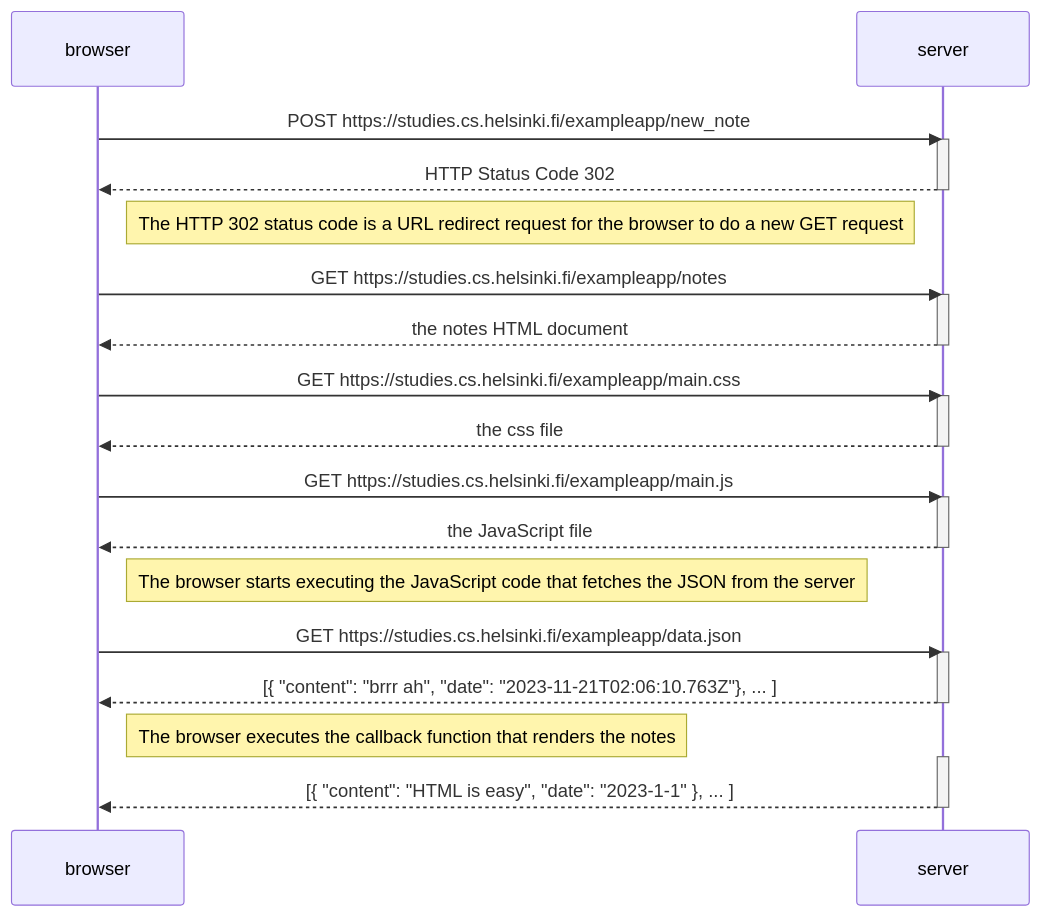
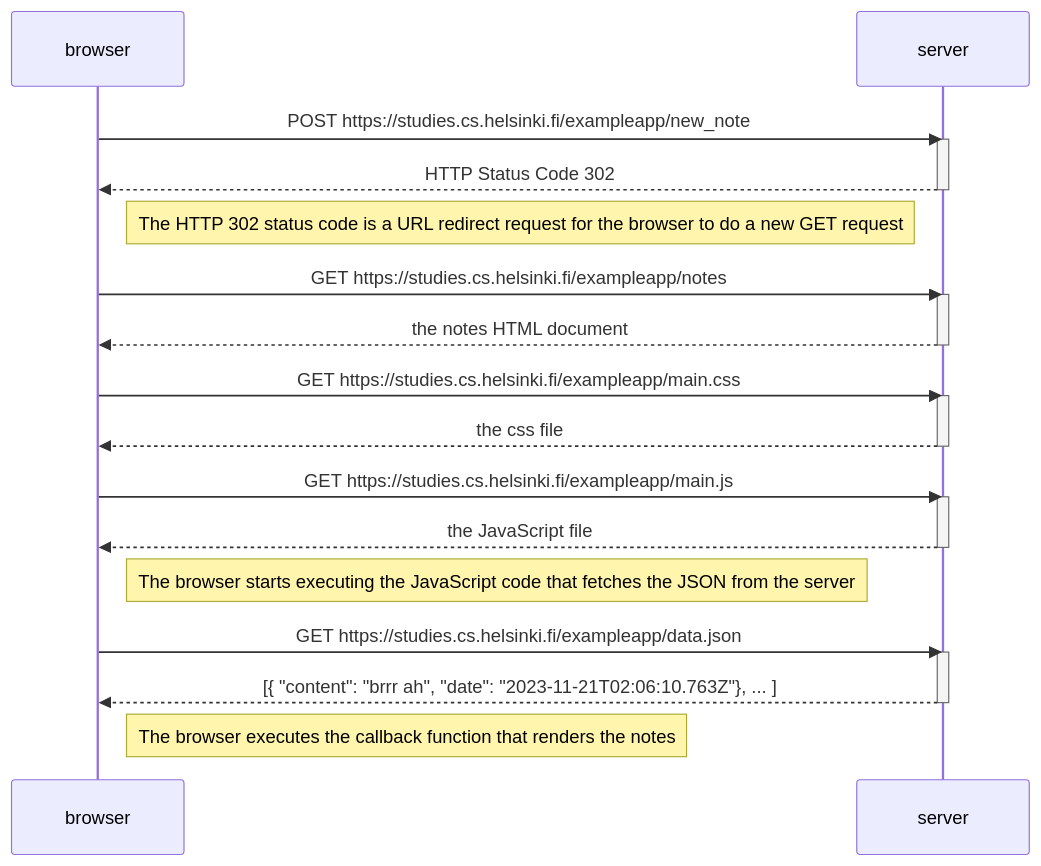
Before and after one commit to an-bui-nguyen/fullstack: the diagram in part0/exercise-4.md, drawn with Mermaid. The commit also changed other lines of this file, not shown here.

````diff
--- a/part0/exercise-4.md
+++ b/part0/exercise-4.md
@@ -1,39 +1,36 @@
 ```mermaid
 sequenceDiagram
     participant browser
     participant server
 
     browser->>server: POST https://studies.cs.helsinki.fi/exampleapp/new_note
     activate server
     server-->>browser: HTTP Status Code 302
     deactivate server
     
     Note right of browser: The HTTP 302 status code is a URL redirect request for the browser to do a new GET request
 
     browser->>server: GET https://studies.cs.helsinki.fi/exampleapp/notes
     activate server
     server-->>browser: the notes HTML document
     deactivate server
 
     browser->>server: GET https://studies.cs.helsinki.fi/exampleapp/main.css
     activate server
     server-->>browser: the css file
     deactivate server
 
     browser->>server: GET https://studies.cs.helsinki.fi/exampleapp/main.js
     activate server
     server-->>browser: the JavaScript file
     deactivate server
 
     Note right of browser: The browser starts executing the JavaScript code that fetches the JSON from the server
 
     browser->>server: GET https://studies.cs.helsinki.fi/exampleapp/data.json
     activate server
     server-->>browser: [{ "content": "brrr ah", "date": "2023-11-21T02:06:10.763Z"}, ... ]
     deactivate server
 
     Note right of browser: The browser executes the callback function that renders the notes
-    activate server
-    server-->>browser: [{ "content": "HTML is easy", "date": "2023-1-1" }, ... ]
-    deactivate server
 ```
````
